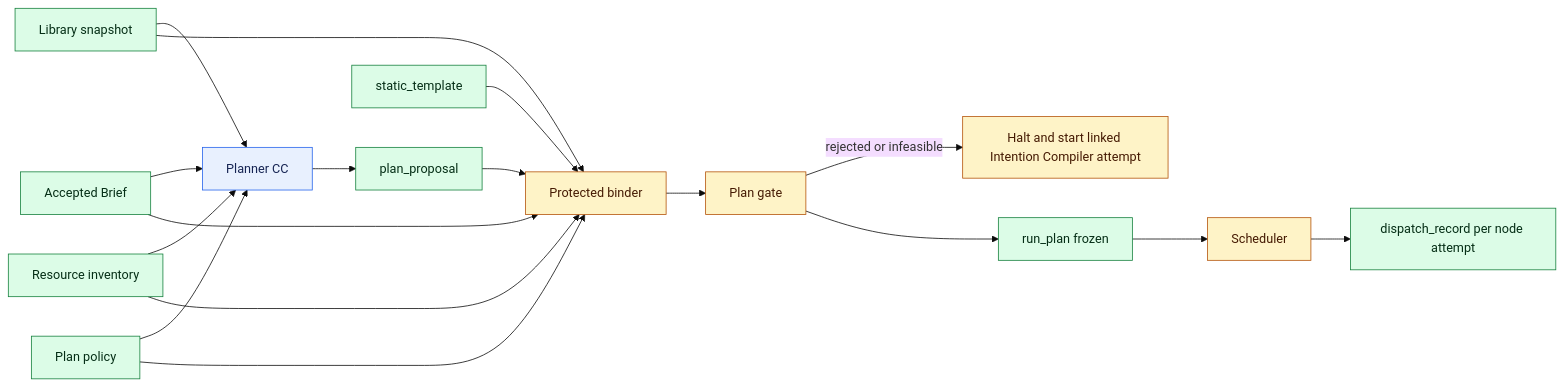
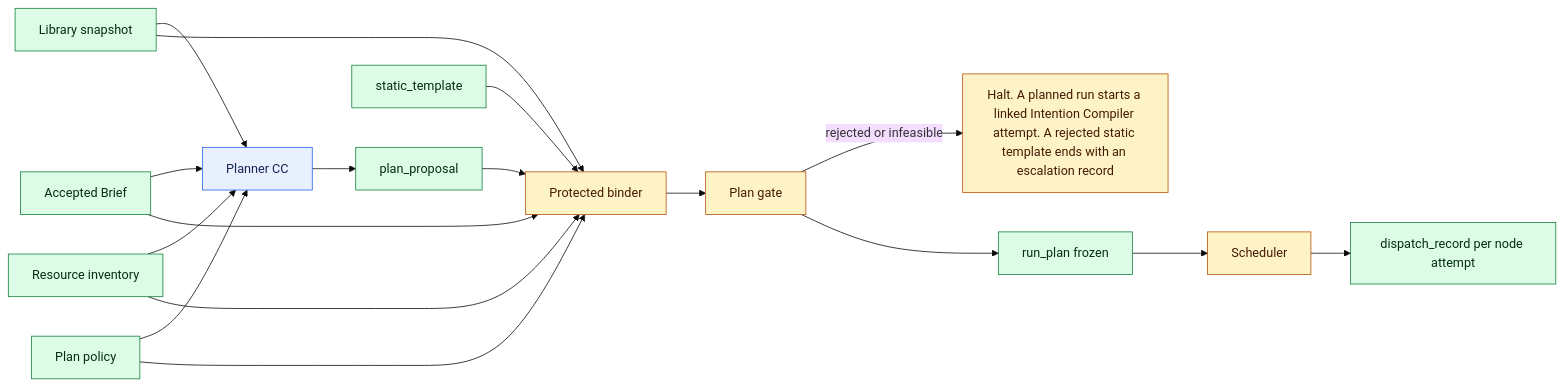
One commit to Stellven/jiuwenswarm changed the diagram in docs/architecture/design-package/reference/run-plan.md. Above: the diagram before and after it, drawn with Mermaid (base theme). The commit also changed other lines of this file and 380 other files, not shown here.

````diff
--- a/docs/architecture/design-package/reference/run-plan.md
+++ b/docs/architecture/design-package/reference/run-plan.md
@@ -22,25 +24,25 @@
 ```mermaid
 flowchart LR
     B[Accepted Brief] --> P[Planner CC]
     L[Library snapshot] --> P
     R[Resource inventory] --> P
     O[Plan policy] --> P
     P --> PP[plan_proposal]
     T[static_template] --> BI
     PP --> BI[Protected binder]
     L --> BI
     R --> BI
     O --> BI
     B --> BI
     BI --> G[Plan gate]
-    G -->|rejected or infeasible| X[Halt and start linked Intention Compiler attempt]
+    G -->|rejected or infeasible| X[Halt. A planned run starts a linked Intention Compiler attempt. A rejected static template ends with an escalation record]
     G --> RP[run_plan frozen]
     RP --> S[Scheduler]
     S --> D[dispatch_record per node attempt]
     classDef work fill:#E8F0FE,stroke:#2563EB,color:#172554
     classDef control fill:#FEF3C7,stroke:#B45309,color:#451A03
     classDef data fill:#DCFCE7,stroke:#15803D,color:#052E16
     class P work
     class BI,G,S,X control
     class B,L,R,O,PP,T,RP,D data
 ```
````
